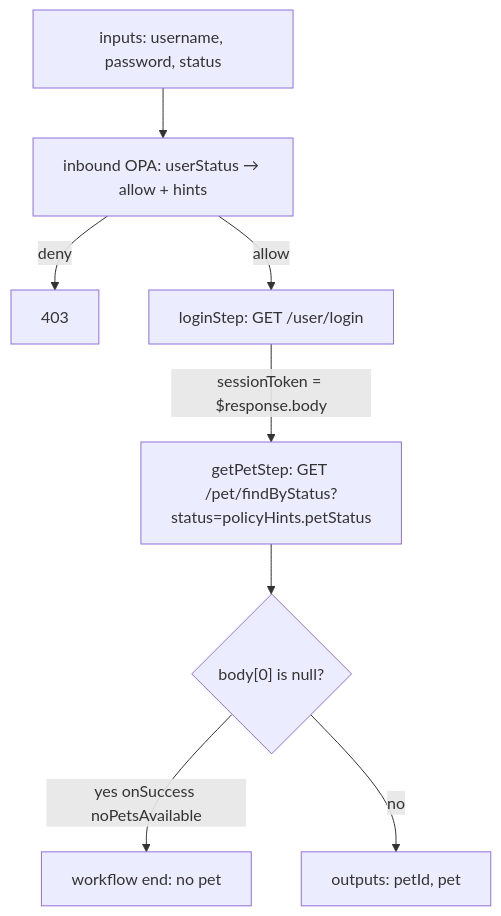
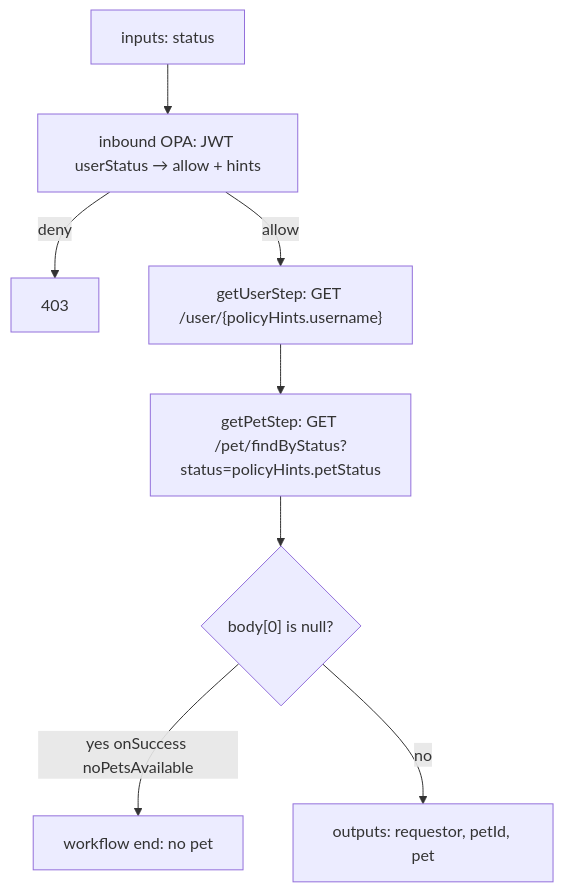
Before and after one commit to mevansam/context-mesh-engine: the third of 9 diagrams in examples/petstore/README.md, drawn with Mermaid. The commit also changed other lines of this file and 30 other files, not shown here.

````diff
--- a/examples/petstore/README.md
+++ b/examples/petstore/README.md
@@ -205,19 +241,19 @@
 ```mermaid
 flowchart TB
-  IN["inputs: username, password, status"]
-  POL["inbound OPA: userStatus → allow + hints"]
+  IN["inputs: status"]
+  POL["inbound OPA: JWT userStatus → allow + hints"]
   DENY["403"]
-  L["loginStep: GET /user/login"]
+  U["getUserStep: GET /user/{policyHints.username}"]
   G["getPetStep: GET /pet/findByStatus?status=policyHints.petStatus"]
   EMPTY{"body[0] is null?"}
   END["workflow end: no pet"]
-  OUT["outputs: petId, pet"]
+  OUT["outputs: requestor, petId, pet"]
 
   IN --> POL
   POL -->|deny| DENY
-  POL -->|allow| L
-  L -->|"sessionToken = $response.body"| G
+  POL -->|allow| U
+  U --> G
   G --> EMPTY
   EMPTY -->|yes onSuccess noPetsAvailable| END
   EMPTY -->|no| OUT
 ```
````
